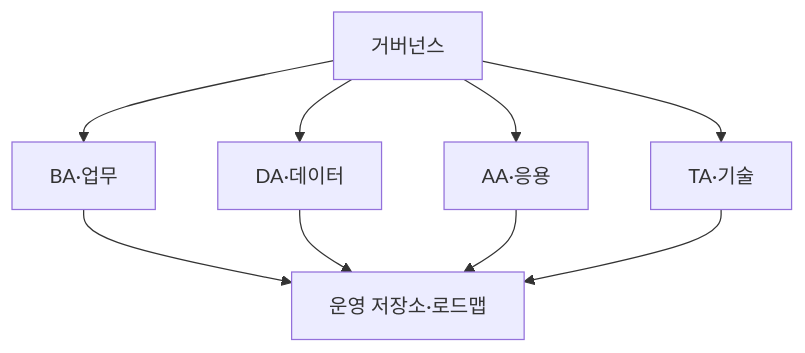
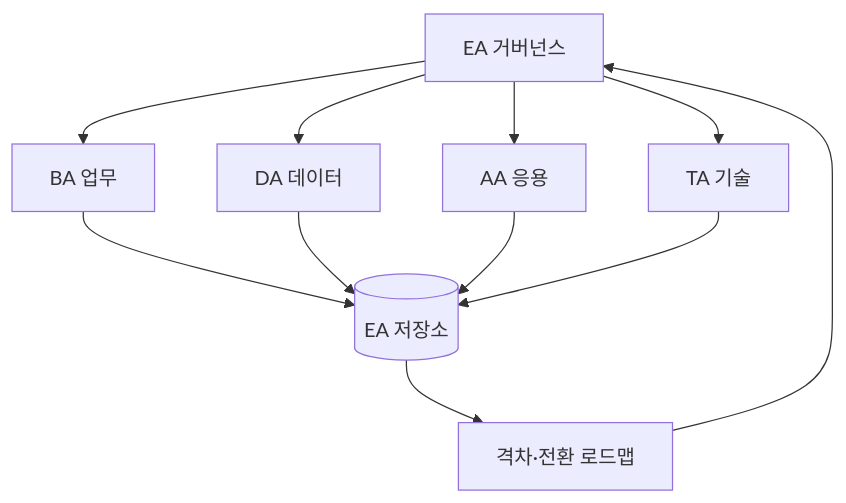
The first of 2 diagrams in src/content/docs/notes/03-software/189_enterprise_architecture.md (agnusdei1207/knowledge-base), drawn with Mermaid before and after one commit. The commit also changed other lines of this file and 7 other files, not shown here.

````diff
--- a/src/content/docs/notes/03-software/189_enterprise_architecture.md
+++ b/src/content/docs/notes/03-software/189_enterprise_architecture.md
@@ -55,11 +51,13 @@
 ```mermaid
 flowchart TD
-    A[거버넌스] --> B[BA·업무]
-    A --> C[DA·데이터]
-    A --> D[AA·응용]
-    A --> E[TA·기술]
-    B --> F[운영 저장소·로드맵]
-    C --> F
-    D --> F
-    E --> F
+    G[EA 거버넌스] --> B[BA 업무]
+    G --> D[DA 데이터]
+    G --> A[AA 응용]
+    G --> T[TA 기술]
+    B --> R[(EA 저장소)]
+    D --> R
+    A --> R
+    T --> R
+    R --> M[격차·전환 로드맵]
+    M --> G
 ```
````
